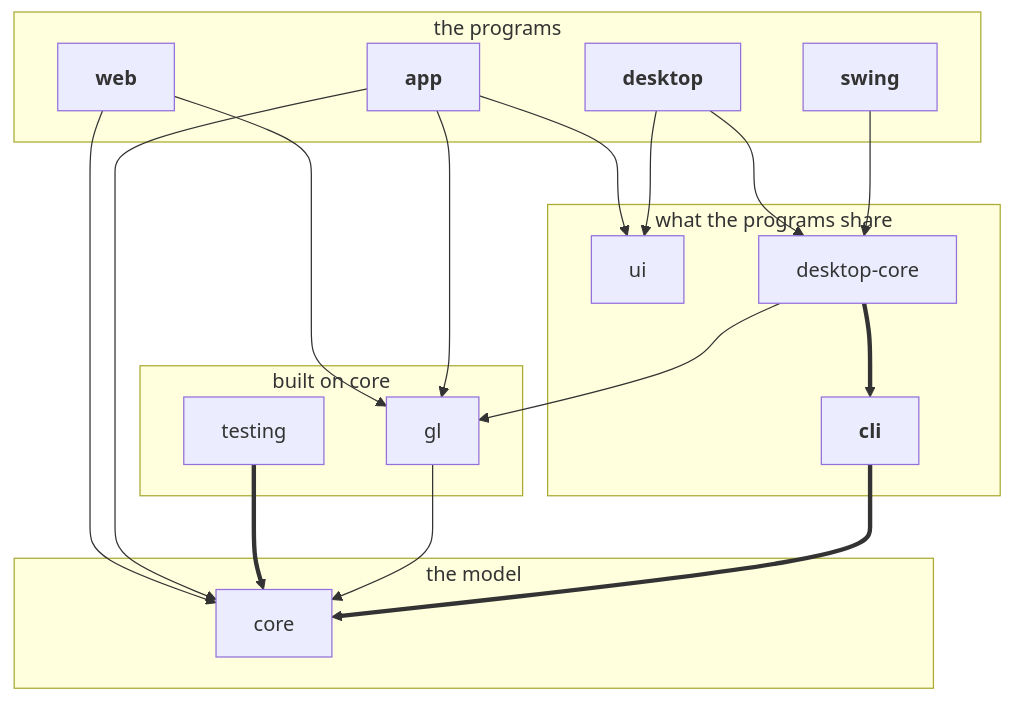
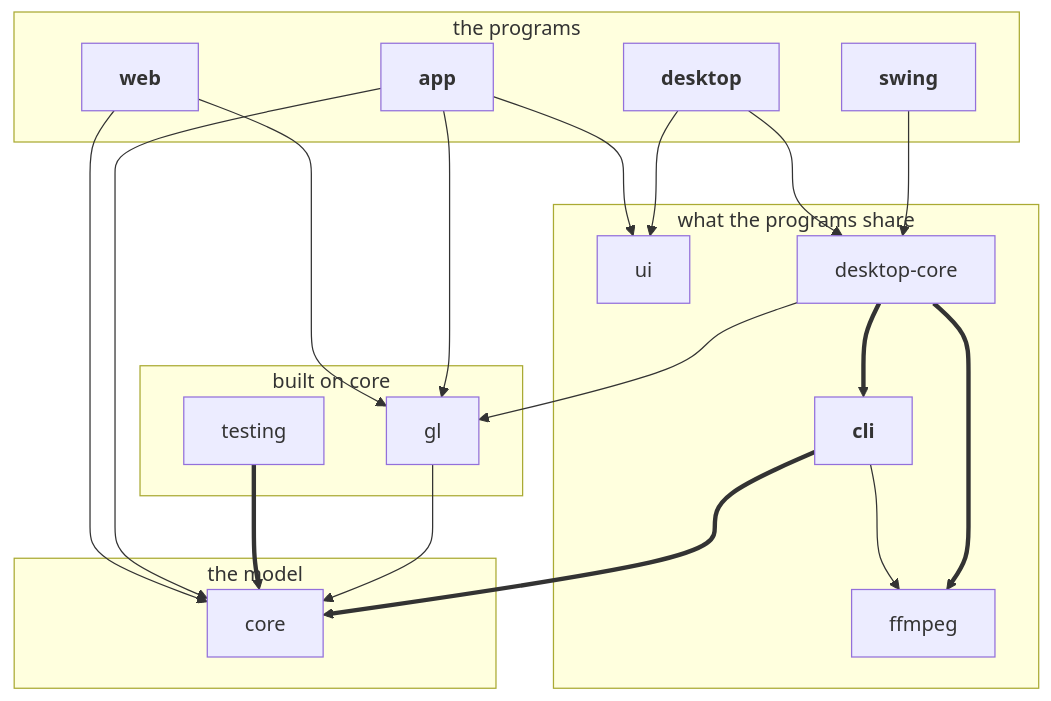
Before and after one commit to loplex/sandbox_testing_repo_1: the first of 4 diagrams in docs/developing.md, drawn with Mermaid. The commit also changed other lines of this file and 39 other files, not shown here.

````diff
--- a/docs/developing.md
+++ b/docs/developing.md
@@ -90,36 +95,39 @@
 ```mermaid
 graph TD
     subgraph programs [the programs]
         app
         desktop
         swing
         web
     end
     subgraph shared [what the programs share]
         ui
         desktop-core
         cli
+        ffmpeg
     end
     subgraph base [built on core]
         testing
         gl
     end
     subgraph model [the model]
         core
     end
     cli ==> core
     app --> gl
     gl --> core
     desktop-core --> gl
     swing --> desktop-core
     desktop --> desktop-core
     testing ==> core
     desktop-core ==> cli
+    desktop-core ==> ffmpeg
+    cli --> ffmpeg
     desktop --> ui
     web --> gl
     app --> core
     web --> core
     app --> ui
     classDef program font-weight:bold
     class app,desktop,swing,web,cli program
 ```
````
